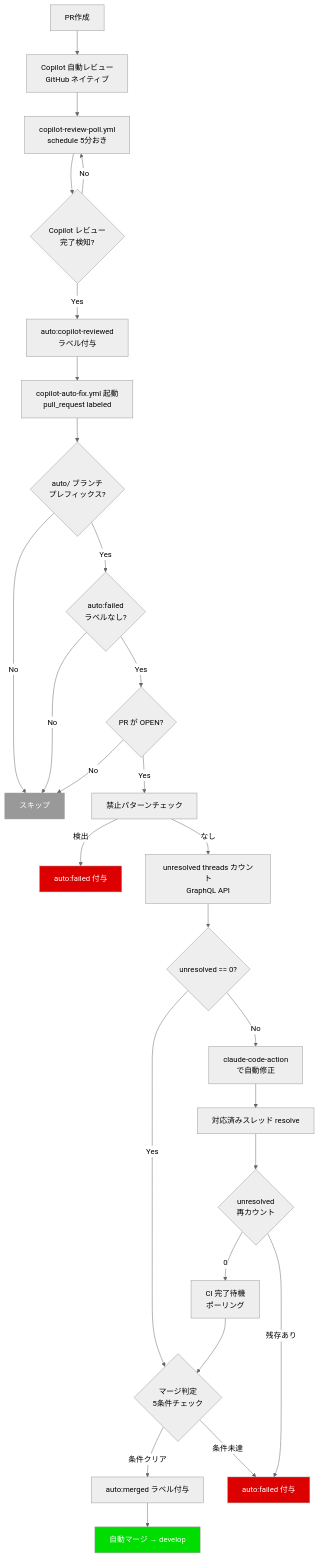
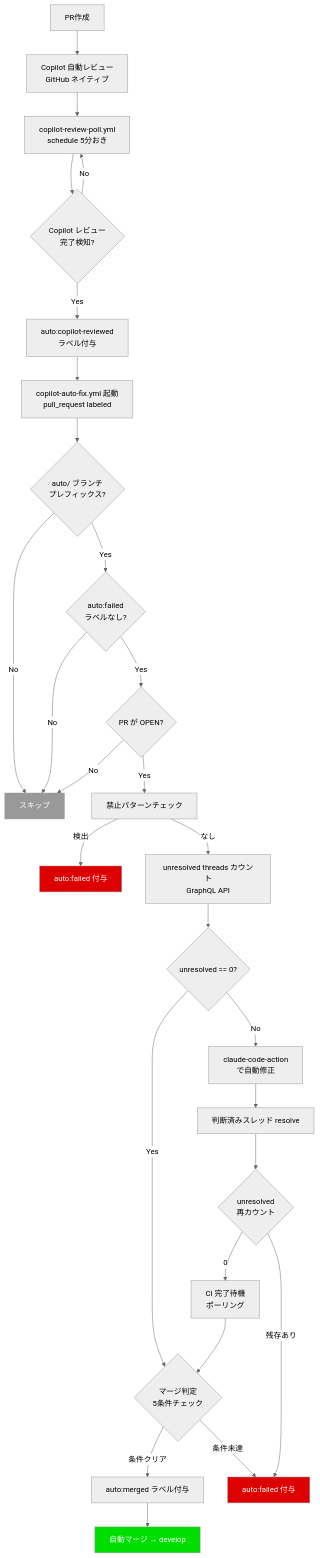
Before and after one commit to becky3/learning-companion: the diagram in docs/specs/copilot-auto-fix.md, drawn with Mermaid (neutral theme). The commit also changed other lines of this file and 4 other files, not shown here.

````diff
--- a/docs/specs/copilot-auto-fix.md
+++ b/docs/specs/copilot-auto-fix.md
@@ -45,34 +45,34 @@
 ```mermaid
 flowchart TD
     A[PR作成] --> B[Copilot 自動レビュー<br/>GitHub ネイティブ]
     B --> B2[copilot-review-poll.yml<br/>schedule 5分おき]
     B2 --> B3{Copilot レビュー<br/>完了検知?}
     B3 -->|No| B2
     B3 -->|Yes| C[auto:copilot-reviewed<br/>ラベル付与]
     C --> D[copilot-auto-fix.yml 起動<br/>pull_request labeled]
     D --> F{auto/ ブランチ<br/>プレフィックス?}
     F -->|No| Z[スキップ]
     F -->|Yes| G{auto:failed<br/>ラベルなし?}
     G -->|No| Z
     G -->|Yes| G2{PR が OPEN?}
     G2 -->|No| Z
     G2 -->|Yes| H[禁止パターンチェック]
     H -->|検出| I[auto:failed 付与]
     H -->|なし| J[unresolved threads カウント<br/>GraphQL API]
     J --> K{unresolved == 0?}
     K -->|Yes| L{マージ判定<br/>5条件チェック}
     K -->|No| M[claude-code-action<br/>で自動修正]
-    M --> N[対応済みスレッド resolve]
+    M --> N[判断済みスレッド resolve]
     N --> N2{unresolved<br/>再カウント}
     N2 -->|0| N3[CI 完了待機<br/>ポーリング]
     N2 -->|残存あり| P
     N3 --> L
     L -->|条件クリア| L2[auto:merged ラベル付与]
     L2 --> O[自動マージ → develop]
     L -->|条件未達| P[auto:failed 付与]
 
     style O fill:#0d0,color:#fff
     style I fill:#d00,color:#fff
     style P fill:#d00,color:#fff
     style Z fill:#999,color:#fff
 ```
````
